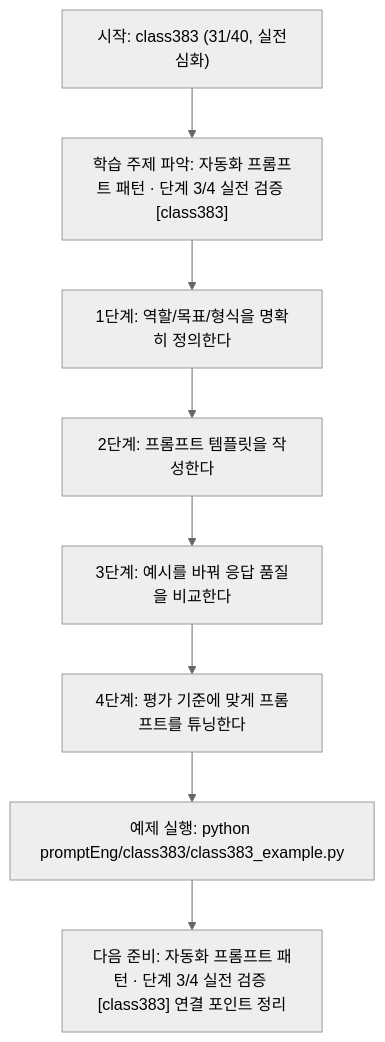
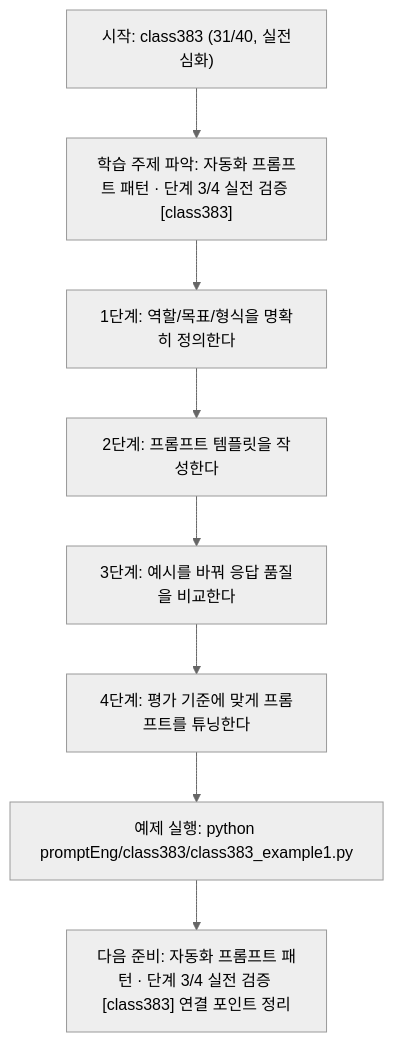
One commit to edumgt/Python-AI_Agent-Class changed the diagram in promptEng/class383/class383.md. Above: the diagram before and after it, drawn with Mermaid (neutral theme). The commit also changed other lines of this file and 2959 other files, not shown here.

````diff
--- a/promptEng/class383/class383.md
+++ b/promptEng/class383/class383.md
@@ -110,18 +110,18 @@
 ```mermaid
 flowchart TD
 N1["시작: class383 (31/40, 실전심화)"]
 N2["학습 주제 파악: 자동화 프롬프트 패턴 · 단계 3/4 실전 검증 [class383]"]
 N3["1단계: 역할/목표/형식을 명확히 정의한다"]
 N4["2단계: 프롬프트 템플릿을 작성한다"]
 N5["3단계: 예시를 바꿔 응답 품질을 비교한다"]
 N6["4단계: 평가 기준에 맞게 프롬프트를 튜닝한다"]
-N7["예제 실행: python promptEng/class383/class383_example.py"]
+N7["예제 실행: python promptEng/class383/class383_example1.py"]
 N8["다음 준비: 자동화 프롬프트 패턴 · 단계 3/4 실전 검증 [class383] 연결 포인트 정리"]
 N1 --> N2
 N2 --> N3
 N3 --> N4
 N4 --> N5
 N5 --> N6
 N6 --> N7
 N7 --> N8
 ```
````
